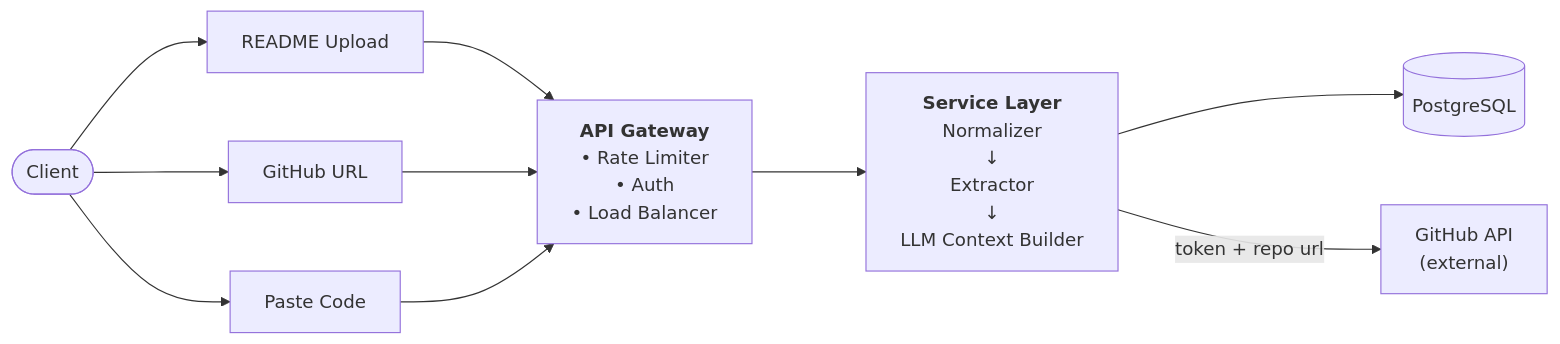
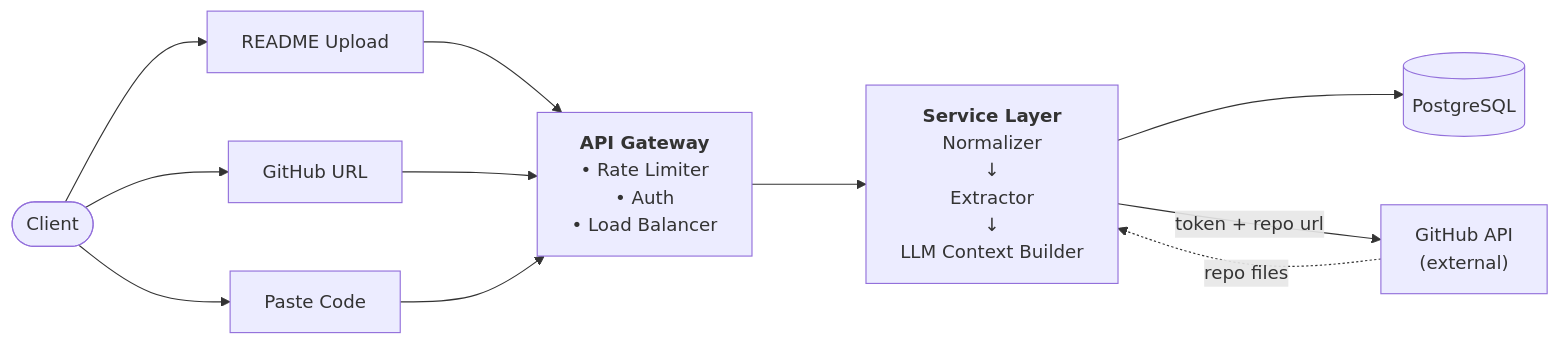
The first of 4 diagrams in SYSTEM_DESIGN.md (shivam-tamboli/GrillMyProject), drawn with Mermaid before and after one commit. The commit also changed other lines of this file, not shown here.

Commit message:
fix diagram 4 and make response arrows dotted across all diagrams

````diff
--- a/SYSTEM_DESIGN.md
+++ b/SYSTEM_DESIGN.md
@@ -285,22 +285,23 @@
 ```mermaid
 %%{init: {'flowchart': {'nodeSpacing': 60, 'rankSpacing': 100}}}%%
 flowchart LR
     Client([Client])
     README[README Upload]
     GHURL[GitHub URL]
     PASTE[Paste Code]
     GW["<b>API Gateway</b><br/>• Rate Limiter<br/>• Auth<br/>• Load Balancer"]
     SVC["<b>Service Layer</b><br/>Normalizer<br/>↓<br/>Extractor<br/>↓<br/>LLM Context Builder"]
     GH["GitHub API<br/>(external)"]
     PG[(PostgreSQL)]
 
     Client --> README
     Client --> GHURL
     Client --> PASTE
     README --> GW
     GHURL --> GW
     PASTE --> GW
     GW --> SVC
     SVC --> PG
     SVC -->|"token + repo url"| GH
+    GH -.->|"repo files"| SVC
 ```
````
